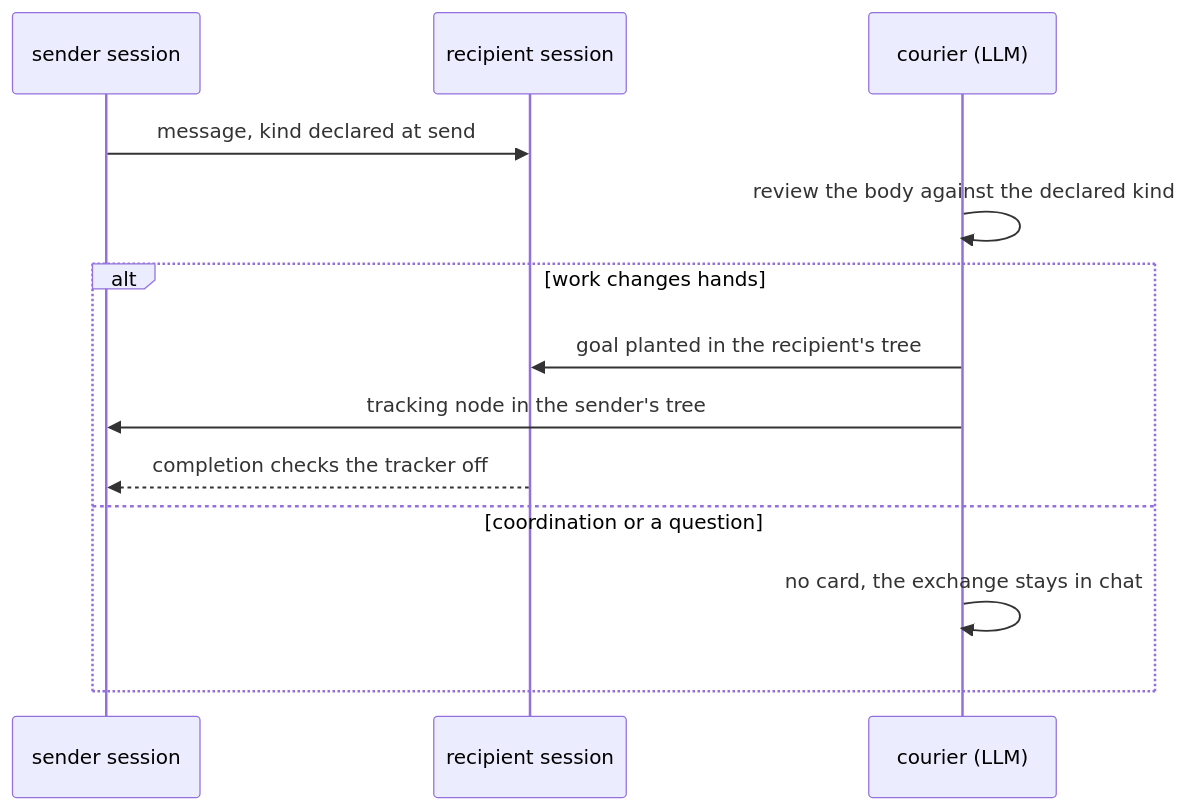
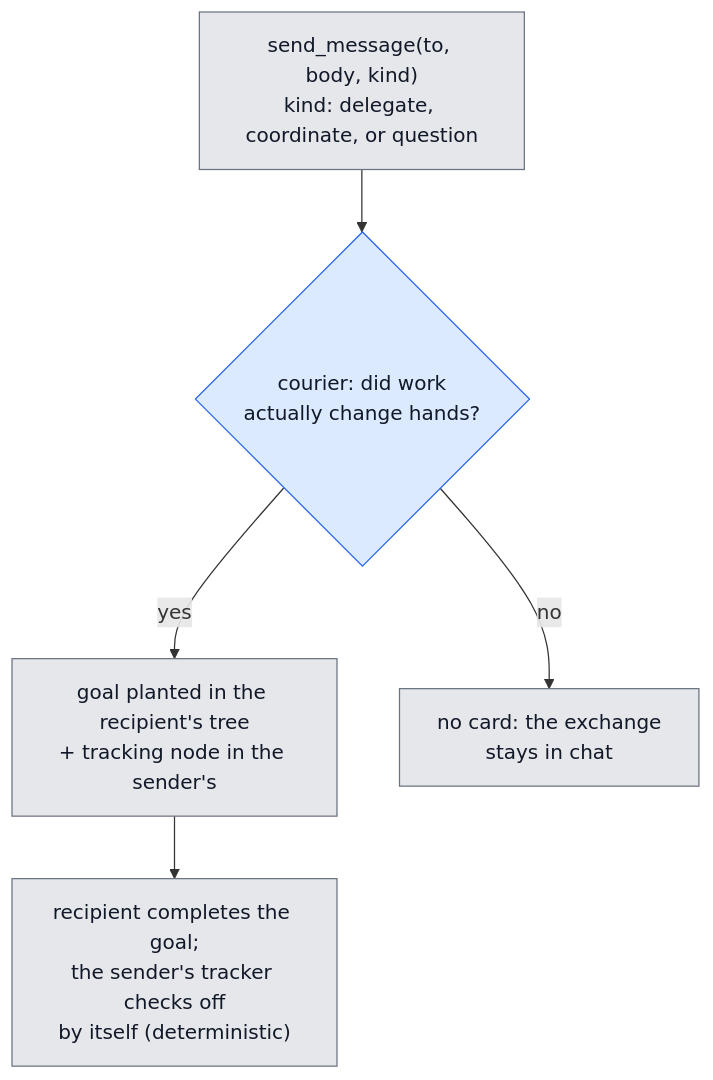
The fifth of 5 diagrams in docs/judge-pipeline.md (Chris-mian/romp), drawn with Mermaid before and after one commit. The commit also changed other lines of this file and 2 other files, not shown here.

First line of the commit message:
docs: judge docs pass 2 — when-each-judge-runs timeline, one name per judge, goal-state decluttered

````diff
--- a/docs/judge-pipeline.md
+++ b/docs/judge-pipeline.md
@@ -129,15 +174,9 @@
 ```mermaid
-sequenceDiagram
-    participant S as sender session
-    participant R as recipient session
-    participant C as courier (LLM)
-    S->>R: message, kind declared at send
-    C->>C: review the body against the declared kind
-    alt work changes hands
-        C->>R: goal planted in the recipient's tree
-        C->>S: tracking node in the sender's tree
-        R-->>S: completion checks the tracker off
-    else coordination or a question
-        C->>C: no card, the exchange stays in chat
-    end
+flowchart TD
+    S["send_message(to, body, kind)<br/>kind: delegate, coordinate, or question"]:::det --> C{"courier: did work<br/>actually change hands?"}:::llm
+    C -->|yes| P["goal planted in the recipient's tree<br/>+ tracking node in the sender's"]:::det
+    C -->|no| N["no card: the exchange<br/>stays in chat"]:::det
+    P --> D["recipient completes the goal;<br/>the sender's tracker checks off<br/>by itself (deterministic)"]:::det
+    classDef llm fill:#dbeafe,stroke:#2563eb,color:#111827
+    classDef det fill:#e5e7eb,stroke:#6b7280,color:#111827
 ```
````
